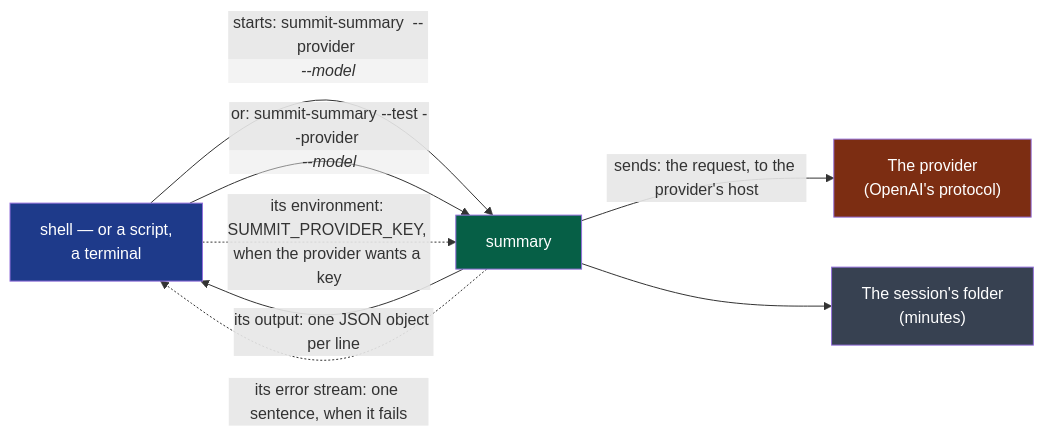
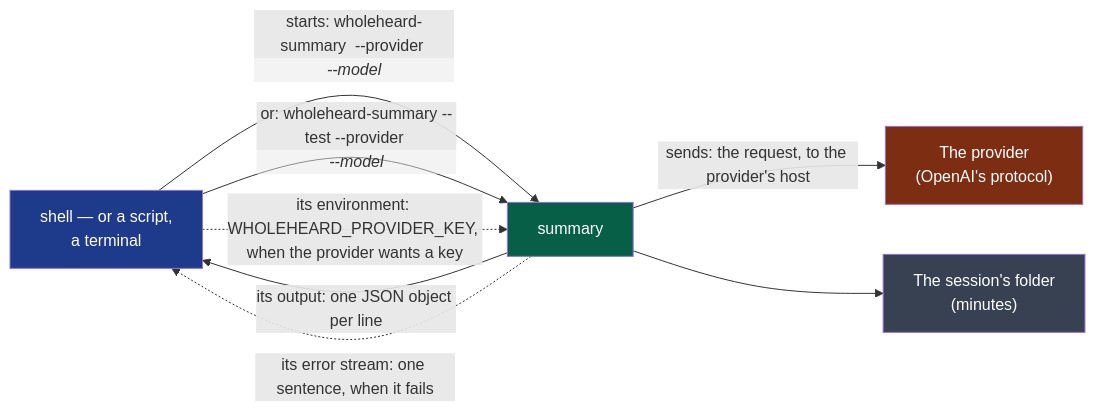
One commit to NapkinStack/wholeheard changed the diagram in contracts/summarising/v1/README.md. Above: the diagram before and after it, drawn with Mermaid. The commit also changed other lines of this file and 3 other files, not shown here.

First line of the commit message:
D28 — contracts: the programs and the key under Wholeheard's names

````diff
--- a/contracts/summarising/v1/README.md
+++ b/contracts/summarising/v1/README.md
@@ -6,15 +6,15 @@
 ```mermaid
 flowchart LR
-    S["shell — or a script,<br/>a terminal"]:::consumer -->|"starts: summit-summary <session-folder> --provider <address> --model <name>"| M["summary"]:::producer
-    S -->|"or: summit-summary --test --provider <address> --model <name>"| M
-    S -.->|"its environment: SUMMIT_PROVIDER_KEY, when the provider wants a key"| M
+    S["shell — or a script,<br/>a terminal"]:::consumer -->|"starts: wholeheard-summary <session-folder> --provider <address> --model <name>"| M["summary"]:::producer
+    S -->|"or: wholeheard-summary --test --provider <address> --model <name>"| M
+    S -.->|"its environment: WHOLEHEARD_PROVIDER_KEY, when the provider wants a key"| M
     M -->|"its output: one JSON object per line"| S
     M -.->|"its error stream: one sentence, when it fails"| S
     M -->|"sends: the request, to the provider's host"| P["The provider<br/>(OpenAI's protocol)"]:::outside
     M --> F["The session's folder<br/>(minutes)"]:::file
 
     classDef producer fill:#065f46,color:#fff
     classDef consumer fill:#1e3a8a,color:#fff
     classDef outside fill:#7c2d12,color:#fff
     classDef file fill:#374151,color:#fff
 ```
````
